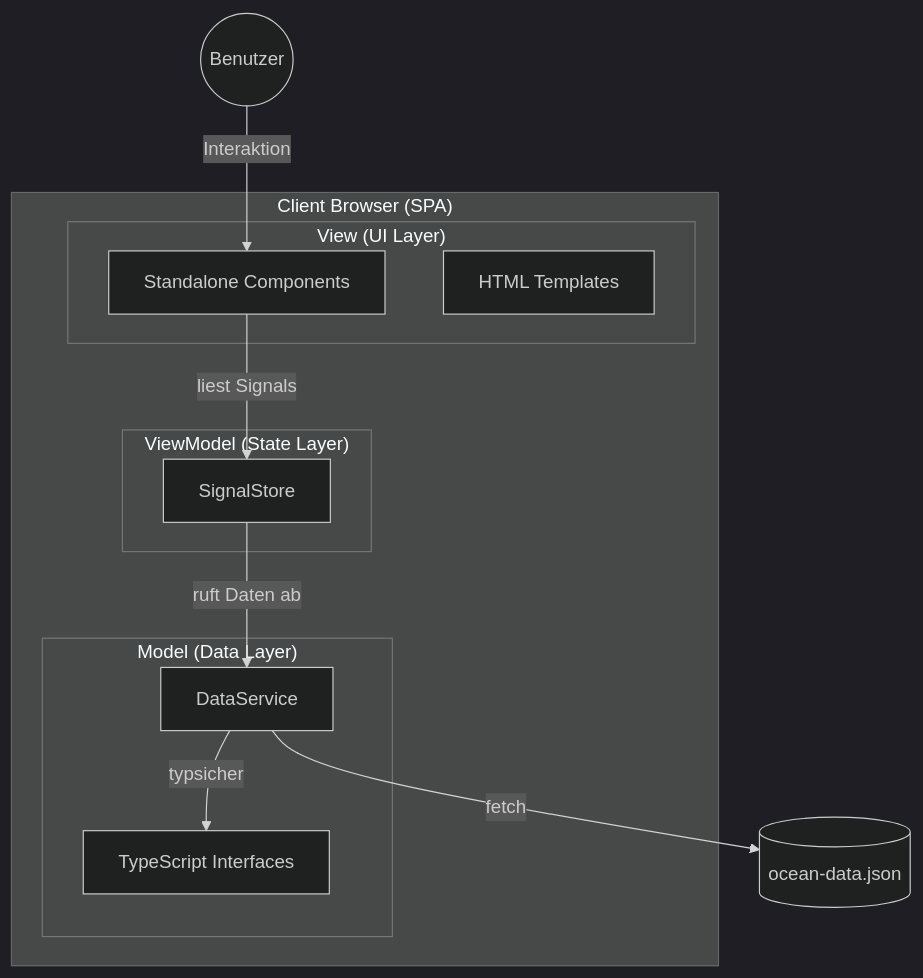
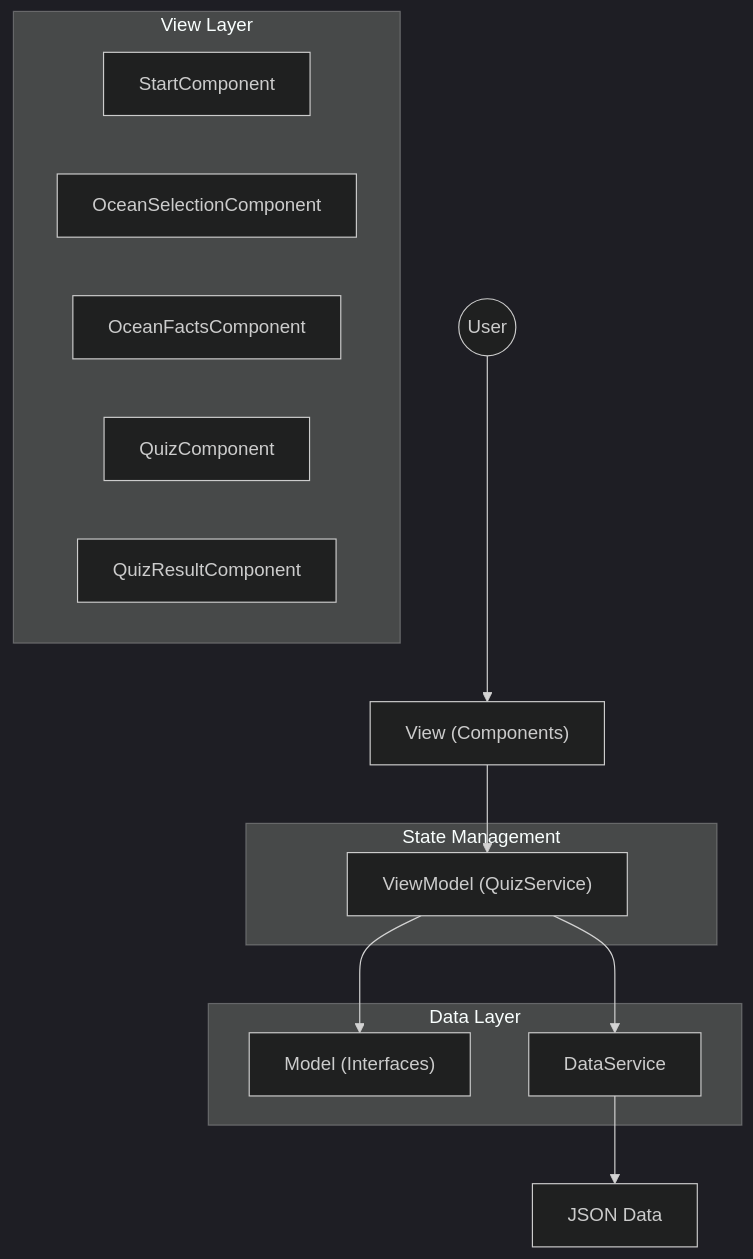
One commit to T-Boyke/EhlenAngularProjekt3 changed the third of 5 diagrams in docs/IHK_ABSCHLUSSPROJEKT.md. Above: the diagram before and after it, drawn with Mermaid (dark theme). The commit also changed other lines of this file, not shown here.

Commit message:
Update references from SignalStore to SignalService

````diff
--- a/docs/IHK_ABSCHLUSSPROJEKT.md
+++ b/docs/IHK_ABSCHLUSSPROJEKT.md
@@ -346,28 +346,25 @@
 ```mermaid
 graph TD
-    User((Benutzer))
+    User((User)) --> View["View (Components)"]
+    View --> ViewModel["ViewModel (QuizService)"]
+    ViewModel --> Model["Model (Interfaces)"]
+    ViewModel --> Service[DataService]
+    Service --> Data[JSON Data]
     
-    subgraph "Client Browser (SPA)"
-        subgraph "View (UI Layer)"
-            Comp[Standalone Components]
-            Templ[HTML Templates]
-        end
-
-        subgraph "ViewModel (State Layer)"
-            Store[SignalStore]
-        end
-
-        subgraph "Model (Data Layer)"
-            Service[DataService]
-            Interfaces[TypeScript Interfaces]
-        end
+    subgraph "View Layer"
+        StartComponent
+        OceanSelectionComponent
+        OceanFactsComponent
+        QuizComponent
+        QuizResultComponent
     end
 
-    Data[(ocean-data.json)]
+    subgraph "State Management"
+        ViewModel
+    end
 
-    User -->|Interaktion| Comp
-    Comp -->|liest Signals| Store
-    Store -->|ruft Daten ab| Service
-    Service -->|fetch| Data
-    Service -->|typsicher| Interfaces
+    subgraph "Data Layer"
+        Service
+        Model
+    end
 ```
````
